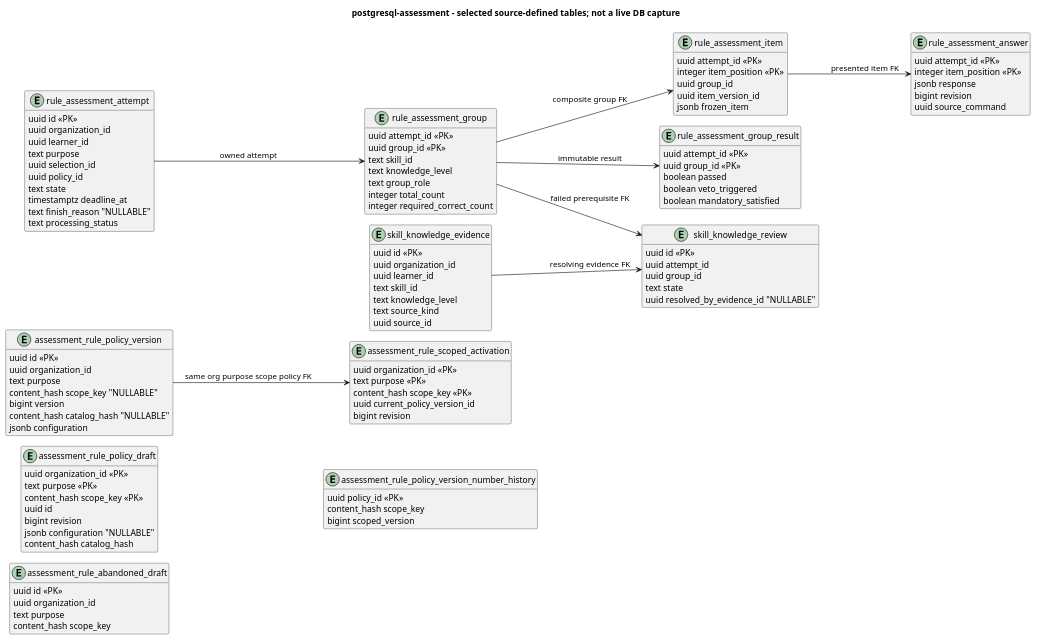
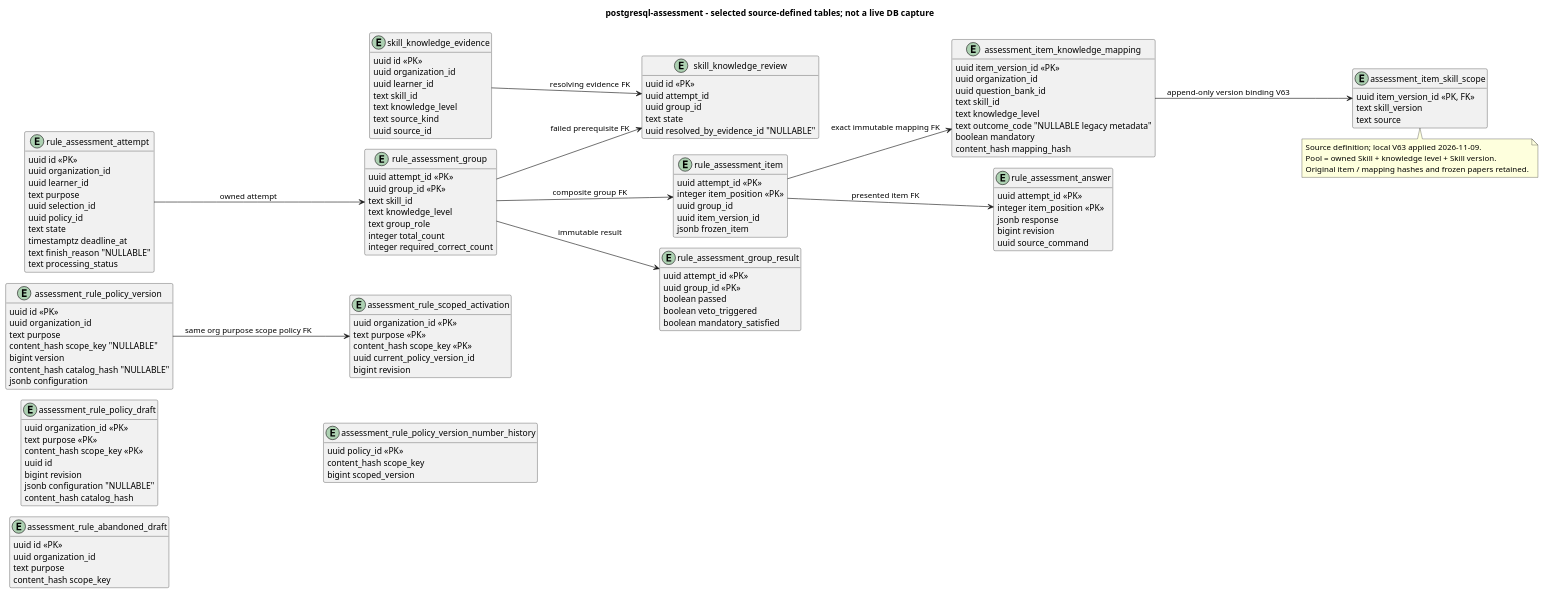
The diagram in documents/diagrams/postgresql-assessment.puml (SEP490-Fall-2026-GFA26SE64/SEP490), drawn with PlantUML before and after one commit. The commit also changed 12 other files, not shown here.

Commit message:
docs: align learning architecture diagrams and flow contracts

```diff
--- a/documents/diagrams/postgresql-assessment.puml
+++ b/documents/diagrams/postgresql-assessment.puml
@@ -1,109 +1,131 @@
 @startuml
 !pragma layout smetana
 left to right direction
 hide empty members
 skinparam classAttributeIconSize 0
 skinparam shadowing false
 title postgresql-assessment - selected source-defined tables; not a live DB capture
 entity "assessment_rule_policy_draft" as assessment_rule_policy_draft {
   uuid organization_id <<PK>>
   text purpose <<PK>>
   content_hash scope_key <<PK>>
   uuid id
   bigint revision
   jsonb configuration "NULLABLE"
   content_hash catalog_hash
 }
 entity "assessment_rule_policy_version" as assessment_rule_policy_version {
   uuid id <<PK>>
   uuid organization_id
   text purpose
   content_hash scope_key "NULLABLE"
   bigint version
   content_hash catalog_hash "NULLABLE"
   jsonb configuration
 }
 entity "assessment_rule_scoped_activation" as assessment_rule_scoped_activation {
   uuid organization_id <<PK>>
   text purpose <<PK>>
   content_hash scope_key <<PK>>
   uuid current_policy_version_id
   bigint revision
 }
 entity "assessment_rule_abandoned_draft" as assessment_rule_abandoned_draft {
   uuid id <<PK>>
   uuid organization_id
   text purpose
   content_hash scope_key
 }
 entity "assessment_rule_policy_version_number_history" as assessment_rule_policy_version_number_history {
   uuid policy_id <<PK>>
   content_hash scope_key
   bigint scoped_version
 }
 assessment_rule_policy_version --> assessment_rule_scoped_activation : same org purpose scope policy FK
+entity "assessment_item_knowledge_mapping" as assessment_item_knowledge_mapping {
+  uuid item_version_id <<PK>>
+  uuid organization_id
+  uuid question_bank_id
+  text skill_id
+  text knowledge_level
+  text outcome_code "NULLABLE legacy metadata"
+  boolean mandatory
+  content_hash mapping_hash
+}
+entity "assessment_item_skill_scope" as assessment_item_skill_scope {
+  uuid item_version_id <<PK, FK>>
+  text skill_version
+  text source
+}
+assessment_item_knowledge_mapping --> assessment_item_skill_scope : append-only version binding V63
+note bottom of assessment_item_skill_scope
+  Source definition; local V63 applied 2026-11-09.
+  Pool = owned Skill + knowledge level + Skill version.
+  Original item / mapping hashes and frozen papers retained.
+end note
 entity "rule_assessment_attempt" as rule_assessment_attempt {
   uuid id <<PK>>
   uuid organization_id
   uuid learner_id
   text purpose
   uuid selection_id
   uuid policy_id
   text state
   timestamptz deadline_at
   text finish_reason "NULLABLE"
   text processing_status
 }
 entity "rule_assessment_group" as rule_assessment_group {
   uuid attempt_id <<PK>>
   uuid group_id <<PK>>
   text skill_id
   text knowledge_level
   text group_role
   integer total_count
   integer required_correct_count
 }
 entity "rule_assessment_item" as rule_assessment_item {
   uuid attempt_id <<PK>>
   integer item_position <<PK>>
   uuid group_id
   uuid item_version_id
   jsonb frozen_item
 }
 entity "rule_assessment_answer" as rule_assessment_answer {
   uuid attempt_id <<PK>>
   integer item_position <<PK>>
   jsonb response
   bigint revision
   uuid source_command
 }
 entity "rule_assessment_group_result" as rule_assessment_group_result {
   uuid attempt_id <<PK>>
   uuid group_id <<PK>>
   boolean passed
   boolean veto_triggered
   boolean mandatory_satisfied
 }
 entity "skill_knowledge_evidence" as skill_knowledge_evidence {
   uuid id <<PK>>
   uuid organization_id
   uuid learner_id
   text skill_id
   text knowledge_level
   text source_kind
   uuid source_id
 }
 entity "skill_knowledge_review" as skill_knowledge_review {
   uuid id <<PK>>
   uuid attempt_id
   uuid group_id
   text state
   uuid resolved_by_evidence_id "NULLABLE"
 }
 rule_assessment_attempt --> rule_assessment_group : owned attempt
 rule_assessment_group --> rule_assessment_item : composite group FK
+rule_assessment_item --> assessment_item_knowledge_mapping : exact immutable mapping FK
 rule_assessment_item --> rule_assessment_answer : presented item FK
 rule_assessment_group --> rule_assessment_group_result : immutable result
 rule_assessment_group --> skill_knowledge_review : failed prerequisite FK
 skill_knowledge_evidence --> skill_knowledge_review : resolving evidence FK
 @enduml
```
